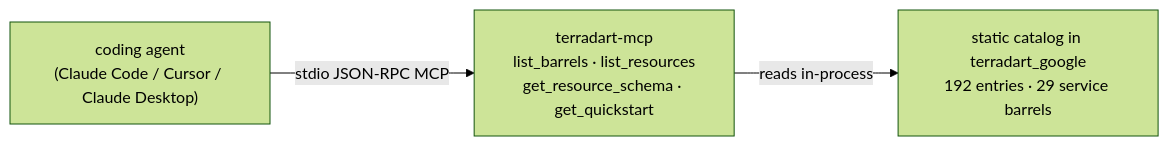
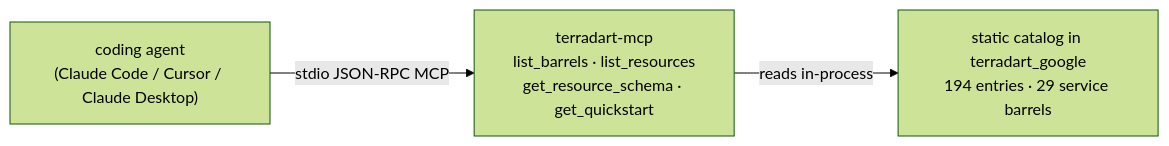
Before and after one commit to nozomi-koborinai/terradart: the diagram in website/src/content/docs/docs/agent/index.md, drawn with Mermaid (forest theme). The commit also changed other lines of this file and 60 other files, not shown here.

````diff
--- a/website/src/content/docs/docs/agent/index.md
+++ b/website/src/content/docs/docs/agent/index.md
@@ -12,8 +12,8 @@
 ```mermaid
 graph LR
   agent["coding agent<br/>(Claude Code / Cursor / Claude Desktop)"]
   mcp["terradart-mcp<br/>list_barrels · list_resources<br/>get_resource_schema · get_quickstart"]
-  catalog["static catalog in terradart_google<br/>192 entries · 29 service barrels"]
+  catalog["static catalog in terradart_google<br/>194 entries · 29 service barrels"]
   agent -->|stdio JSON-RPC MCP| mcp
   mcp -->|reads in-process| catalog
 ```
````
